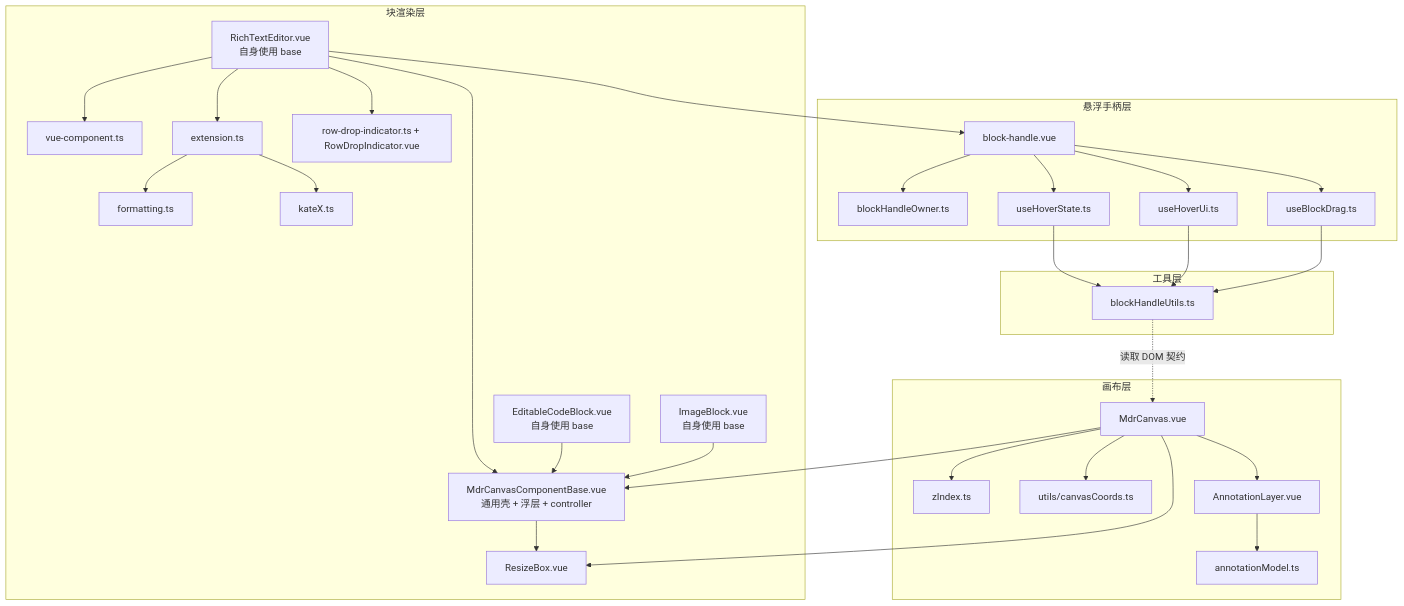
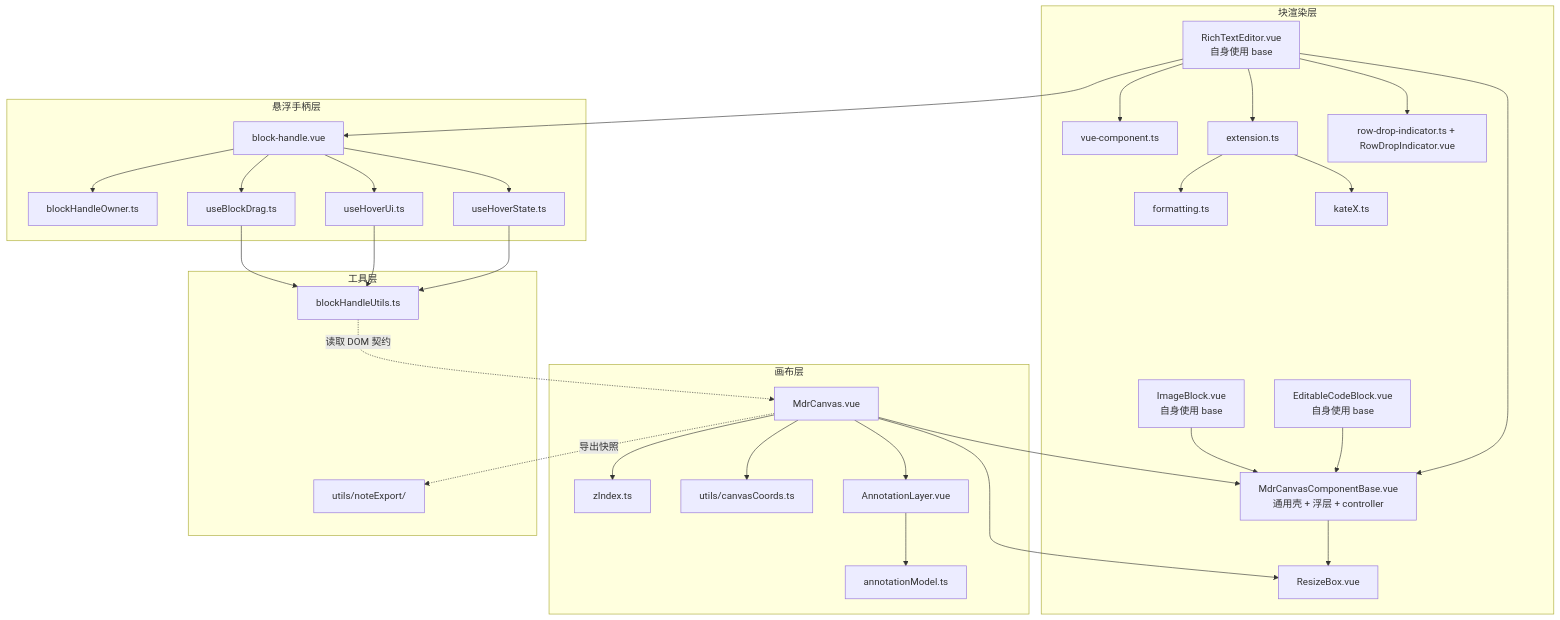
Before and after one commit to LogicAurora/Mindrizzle: the first of 2 diagrams in src/docs/flow/00-architecture.md, drawn with Mermaid. The commit also changed other lines of this file and 12 other files, not shown here.

````diff
--- a/src/docs/flow/00-architecture.md
+++ b/src/docs/flow/00-architecture.md
@@ -13,60 +13,62 @@
 ```mermaid
 flowchart TB
   subgraph Canvas["画布层"]
     MC["MdrCanvas.vue"]
     ZI["zIndex.ts"]
     CC["utils/canvasCoords.ts"]
     AN["AnnotationLayer.vue"]
     AM["annotationModel.ts"]
   end
 
   subgraph Block["块渲染层"]
     MCB["MdrCanvasComponentBase.vue<br/>通用壳 + 浮层 + controller"]
     RB["ResizeBox.vue"]
     RTE["RichTextEditor.vue<br/>自身使用 base"]
     CODE["EditableCodeBlock.vue<br/>自身使用 base"]
     IMG["ImageBlock.vue<br/>自身使用 base"]
     VCN["vue-component.ts"]
     EXT["extension.ts"]
     FMT["formatting.ts"]
     KTX["kateX.ts"]
     RDI["row-drop-indicator.ts + RowDropIndicator.vue"]
   end
 
   subgraph Handle["悬浮手柄层"]
     BH["block-handle.vue"]
     BHO["blockHandleOwner.ts"]
     UHS["useHoverState.ts"]
     UHU["useHoverUi.ts"]
     UBD["useBlockDrag.ts"]
   end
 
   subgraph Utils["工具层"]
     BHU["blockHandleUtils.ts"]
+    EXP["utils/noteExport/"]
   end
 
   MC --> RB
   MC --> MCB
   MCB --> RB
   RTE --> MCB
   CODE --> MCB
   IMG --> MCB
   RTE --> EXT
   RTE --> VCN
   RTE --> RDI
   EXT --> FMT
   EXT --> KTX
   RTE --> BH
   BH --> UHS
   BH --> UHU
   BH --> UBD
   UHS --> BHU
   UHU --> BHU
   UBD --> BHU
   BH --> BHO
   MC --> CC
   MC --> ZI
+  MC -.->|"导出快照"| EXP
   MC --> AN
   AN --> AM
   BHU -.->|"读取 DOM 契约"| MC
 ```
````
